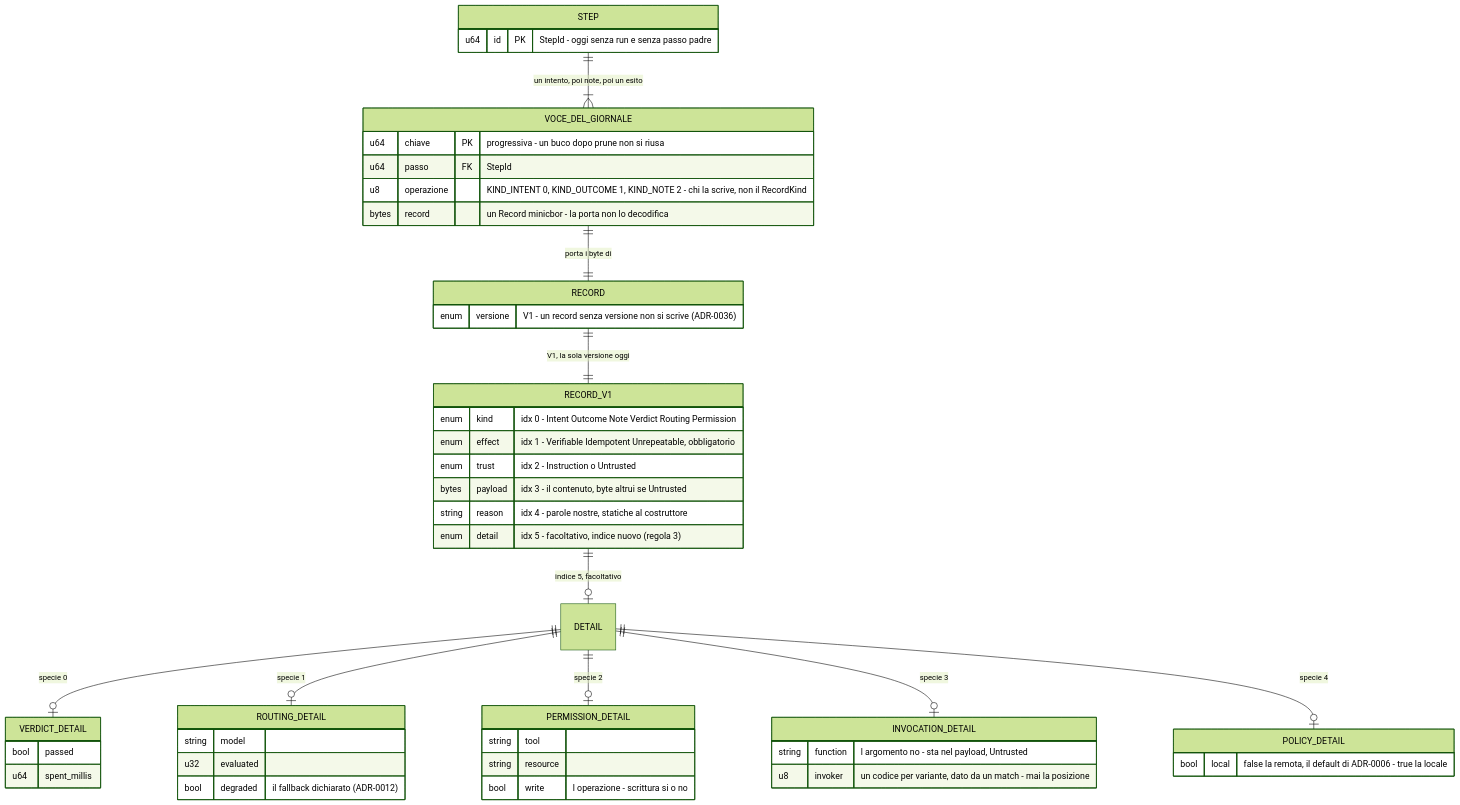
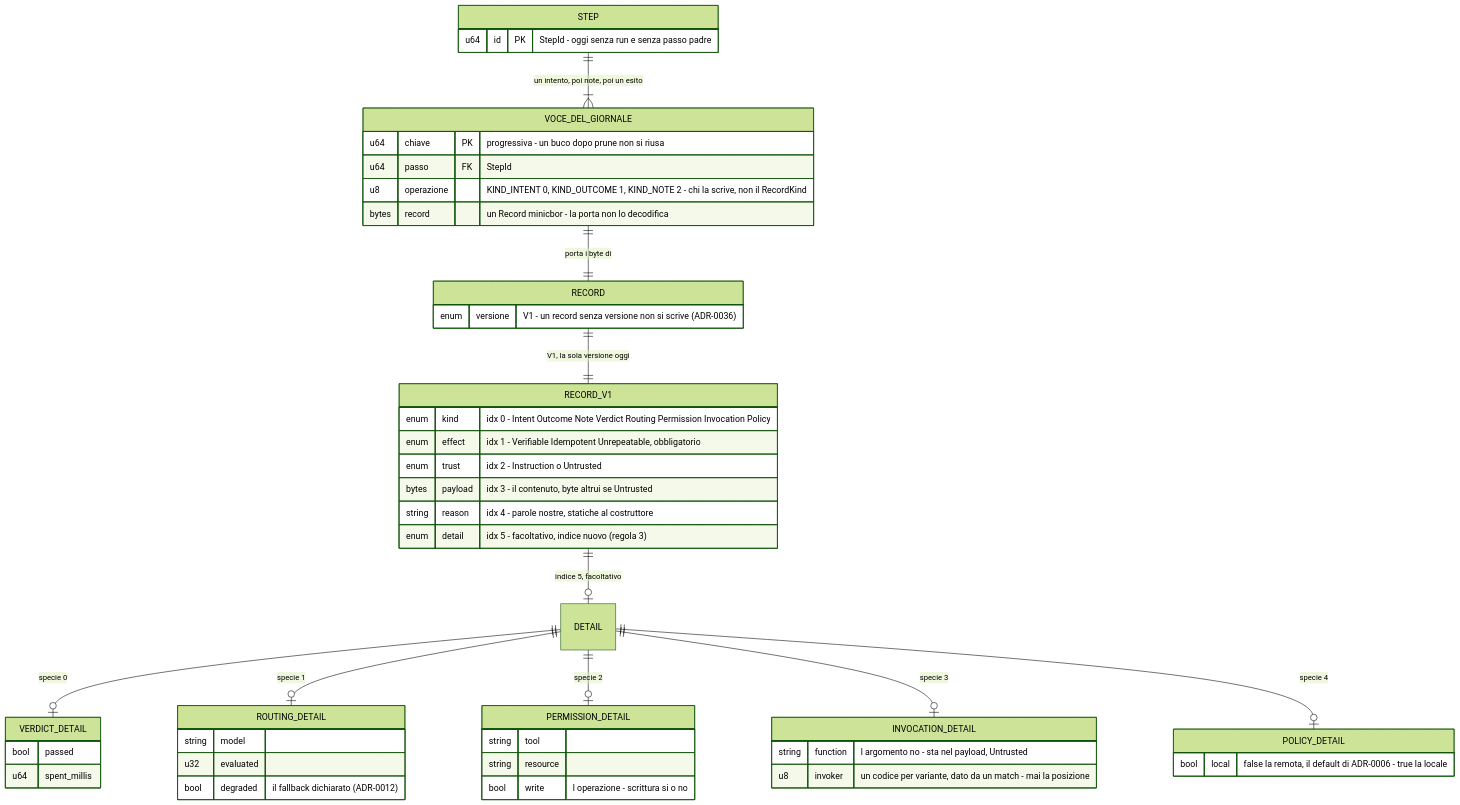
The first of 2 diagrams in docs/design/10-modello-dei-dati-durevoli.md (devfrx/daemon), drawn with Mermaid (forest theme) before and after one commit. The commit also changed other lines of this file and 4 other files, not shown here.

````diff
--- a/docs/design/10-modello-dei-dati-durevoli.md
+++ b/docs/design/10-modello-dei-dati-durevoli.md
@@ -29,54 +32,54 @@
 ```mermaid
 erDiagram
     STEP ||--|{ VOCE_DEL_GIORNALE : "un intento, poi note, poi un esito"
     VOCE_DEL_GIORNALE ||--|| RECORD : "porta i byte di"
     RECORD ||--|| RECORD_V1 : "V1, la sola versione oggi"
     RECORD_V1 ||--o| DETAIL : "indice 5, facoltativo"
     DETAIL ||--o| VERDICT_DETAIL : "specie 0"
     DETAIL ||--o| ROUTING_DETAIL : "specie 1"
     DETAIL ||--o| PERMISSION_DETAIL : "specie 2"
     DETAIL ||--o| INVOCATION_DETAIL : "specie 3"
     DETAIL ||--o| POLICY_DETAIL : "specie 4"
 
     STEP {
         u64 id PK "StepId - oggi senza run e senza passo padre"
     }
     VOCE_DEL_GIORNALE {
         u64 chiave PK "progressiva - un buco dopo prune non si riusa"
         u64 passo FK "StepId"
         u8 operazione "KIND_INTENT 0, KIND_OUTCOME 1, KIND_NOTE 2 - chi la scrive, non il RecordKind"
         bytes record "un Record minicbor - la porta non lo decodifica"
     }
     RECORD {
         enum versione "V1 - un record senza versione non si scrive (ADR-0036)"
     }
     RECORD_V1 {
-        enum kind "idx 0 - Intent Outcome Note Verdict Routing Permission"
+        enum kind "idx 0 - Intent Outcome Note Verdict Routing Permission Invocation Policy"
         enum effect "idx 1 - Verifiable Idempotent Unrepeatable, obbligatorio"
         enum trust "idx 2 - Instruction o Untrusted"
         bytes payload "idx 3 - il contenuto, byte altrui se Untrusted"
         string reason "idx 4 - parole nostre, statiche al costruttore"
         enum detail "idx 5 - facoltativo, indice nuovo (regola 3)"
     }
     VERDICT_DETAIL {
         bool passed
         u64 spent_millis
     }
     ROUTING_DETAIL {
         string model
         u32 evaluated
         bool degraded "il fallback dichiarato (ADR-0012)"
     }
     PERMISSION_DETAIL {
         string tool
         string resource
         bool write "l operazione - scrittura si o no"
     }
     INVOCATION_DETAIL {
         string function "l argomento no - sta nel payload, Untrusted"
         u8 invoker "un codice per variante, dato da un match - mai la posizione"
     }
     POLICY_DETAIL {
         bool local "false la remota, il default di ADR-0006 - true la locale"
     }
 ```
````
